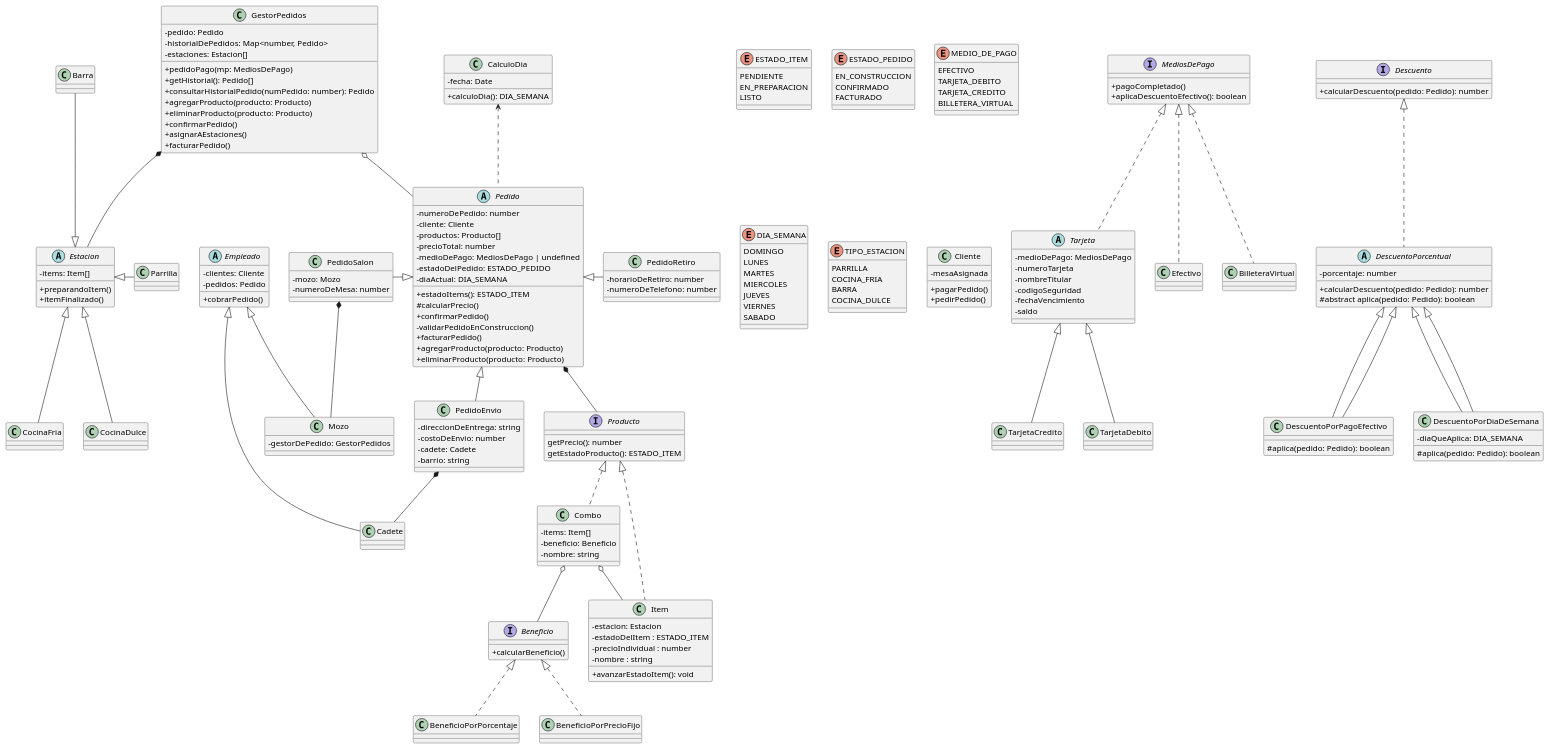
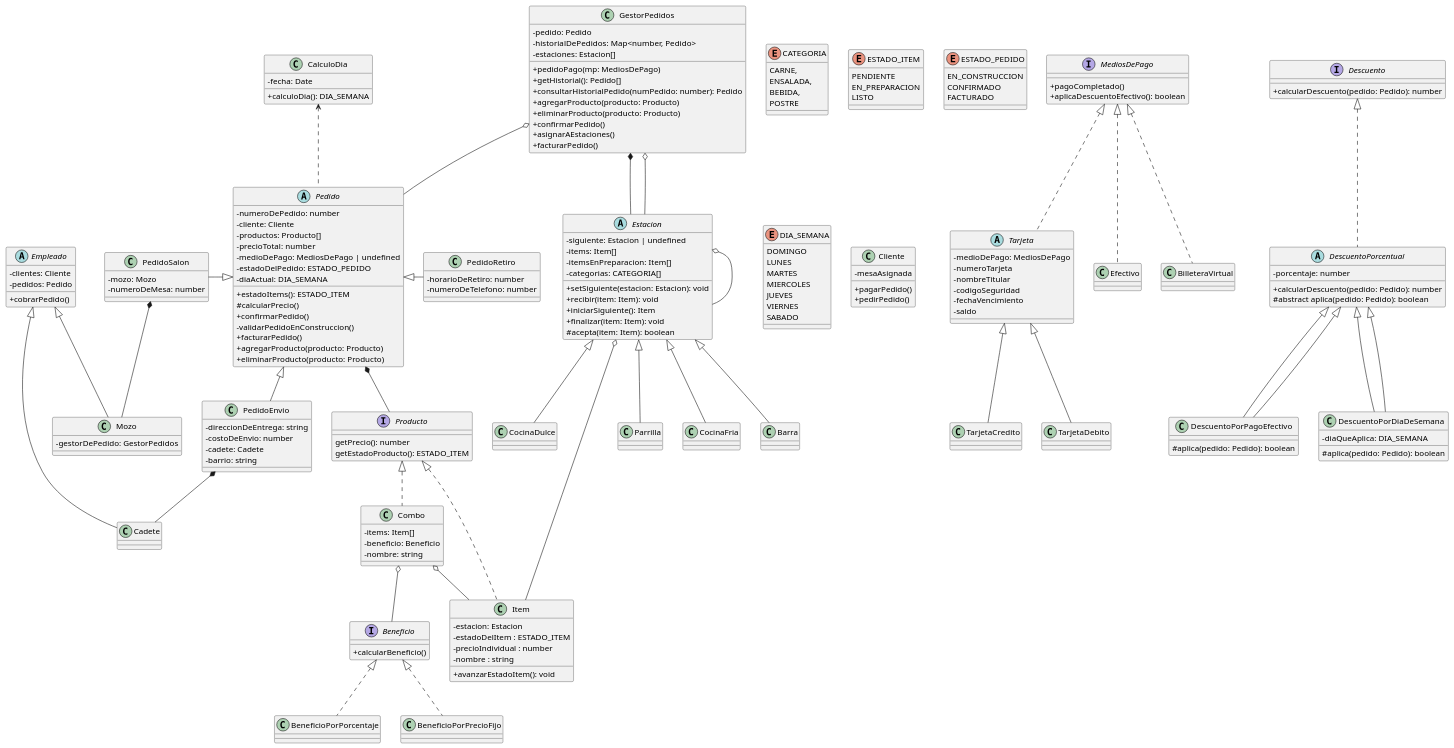
The diagram in diagramas/clasesTP.puml (BrunoE99/tp_restaurante_programacion_II), drawn with PlantUML before and after one commit. The commit also changed 9 other files, not shown here.

```diff
--- a/diagramas/clasesTP.puml
+++ b/diagramas/clasesTP.puml
@@ -1,6 +1,13 @@
 @startuml Trabajo practico
 
 skinparam classAttributeIconSize 0
+
+enum CATEGORIA {
+    CARNE,
+    ENSALADA,
+    BEBIDA,
+    POSTRE
+}
 
 enum ESTADO_ITEM {
     PENDIENTE
@@ -14,13 +21,6 @@
     FACTURADO
 }
 
-enum MEDIO_DE_PAGO {
-    EFECTIVO
-    TARJETA_DEBITO
-    TARJETA_CREDITO
-    BILLETERA_VIRTUAL
-}
-
 enum DIA_SEMANA {
     DOMINGO
     LUNES
@@ -29,13 +29,6 @@
     JUEVES
     VIERNES
     SABADO 
-}
-
-enum TIPO_ESTACION {
-    PARRILLA
-    COCINA_FRIA
-    BARRA
-    COCINA_DULCE
 }
 
 class GestorPedidos {
@@ -200,27 +193,25 @@
 
 
 abstract class Estacion {
+    - siguiente: Estacion | undefined
     - items: Item[]
+    - itemsEnPreparacion: Item[]
+    - categorias: CATEGORIA[]
 
-    + preparandoItem()
-    + itemFinalizado()
+    + setSiguiente(estacion: Estacion): void
+    + recibir(item: Item): void
+    + iniciarSiguiente(): Item
+    + finalizar(item: Item): void
+    # acepta(item: Item): boolean
 }
 
-class Parrilla {
+class Parrilla {}
 
-}
+class CocinaFria {}
 
-class CocinaFria {
-    
-}
+class Barra {}
 
-class Barra {
-    
-}
-
-class CocinaDulce {
-    
-}
+class CocinaDulce {}
 
 class CalculoDia {
     - fecha: Date
@@ -245,10 +236,14 @@
 Empleado <|-- Mozo
 Empleado <|-- Cadete
 
-Estacion <|-r- Parrilla
+Estacion <|-- Parrilla
 Estacion <|-- CocinaFria
-Estacion <|-u- Barra
+Estacion <|-- Barra
 Estacion <|-- CocinaDulce
+
+Estacion o-- Estacion
+Estacion o-- Item
+GestorPedidos o-- Estacion
 
 Combo o-- Item
 Pedido *-- Producto
```
